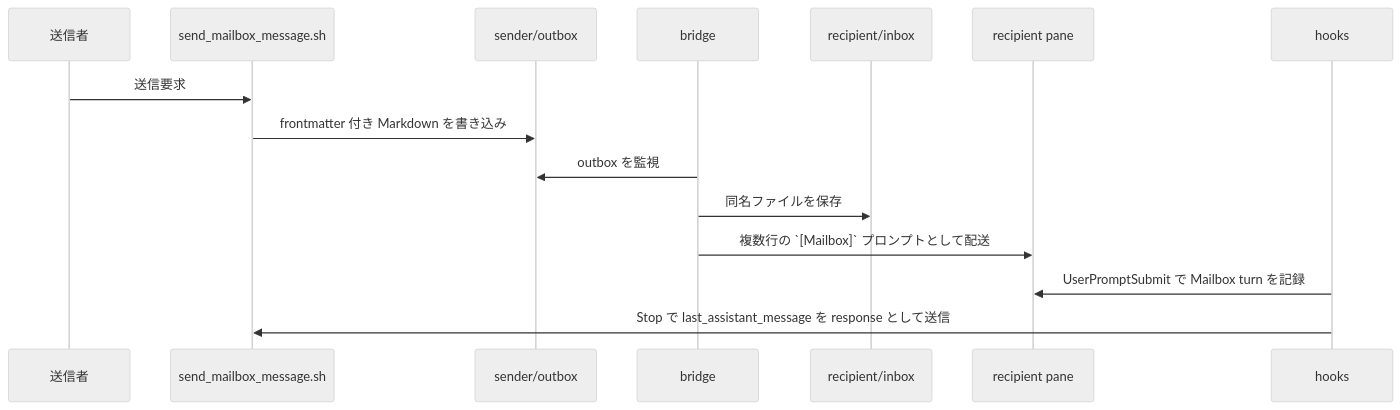
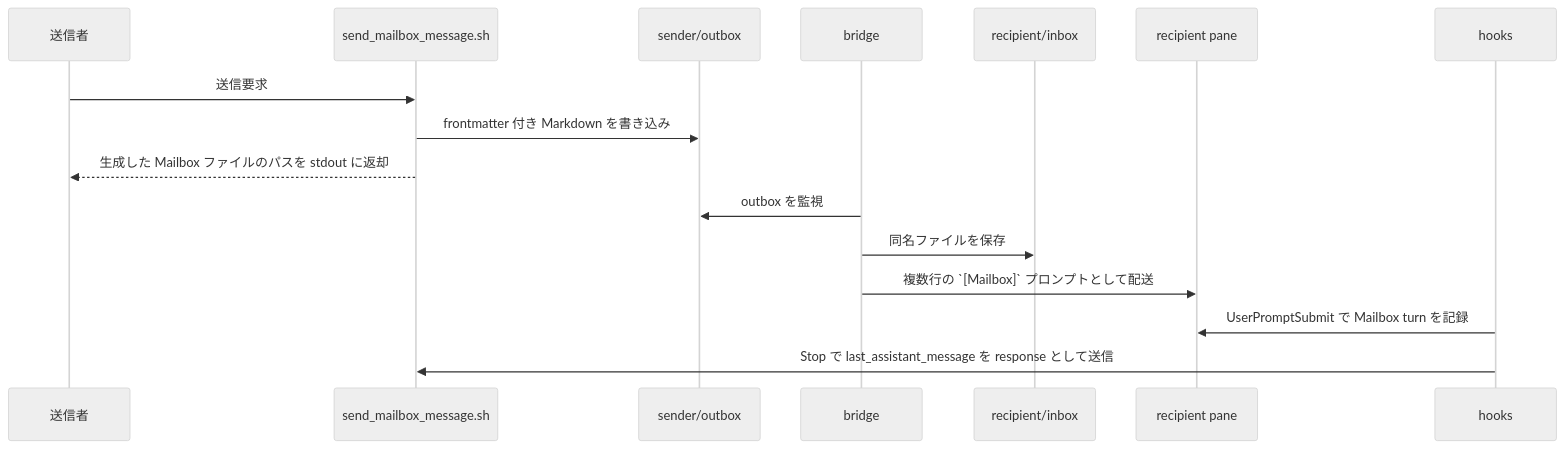
One commit to motivo-solutions/agent-team changed the second of 2 diagrams in communication/docs/SPEC.md. Above: the diagram before and after it, drawn with Mermaid (neutral theme). The commit also changed 1 other file, not shown here.

Commit message:
Update message relay flow in SPEC.md to include stdout path return for generated Mailbox files

````diff
--- a/communication/docs/SPEC.md
+++ b/communication/docs/SPEC.md
@@ -56,18 +56,19 @@
 ```mermaid
 sequenceDiagram
     participant M as 送信者
     participant S as send_mailbox_message.sh
     participant O as sender/outbox
     participant B as bridge
     participant I as recipient/inbox
     participant P as recipient pane
     participant H as hooks
 
     M->>S: 送信要求
     S->>O: frontmatter 付き Markdown を書き込み
+    S-->>M: 生成した Mailbox ファイルのパスを stdout に返却
     B->>O: outbox を監視
     B->>I: 同名ファイルを保存
     B->>P: 複数行の `[Mailbox]` プロンプトとして配送
     H->>P: UserPromptSubmit で Mailbox turn を記録
     H->>S: Stop で last_assistant_message を response として送信
 ```
````
